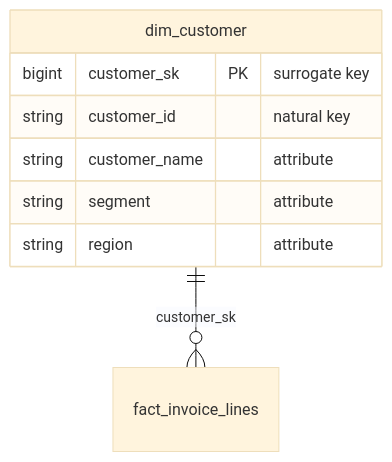
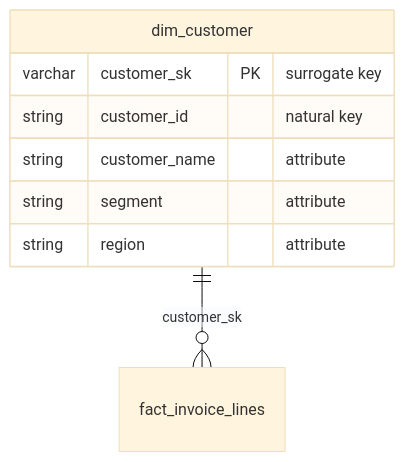
One commit to dyvenia/dim-modelling-docs changed the diagram in src/concepts/dimension.md. Above: the diagram before and after it, drawn with Mermaid (base theme). The commit also changed other lines of this file and 8 other files, not shown here.

Commit message:
🎨 Align surrogate key type to hash VARCHAR

````diff
--- a/src/concepts/dimension.md
+++ b/src/concepts/dimension.md
@@ -27,11 +27,11 @@
 ```mermaid
 erDiagram
     dim_customer ||--o{ fact_invoice_lines : "customer_sk"
     dim_customer {
-        bigint customer_sk PK "surrogate key"
+        varchar customer_sk PK "surrogate key"
         string customer_id "natural key"
         string customer_name "attribute"
         string segment "attribute"
         string region "attribute"
     }
 ```
````
